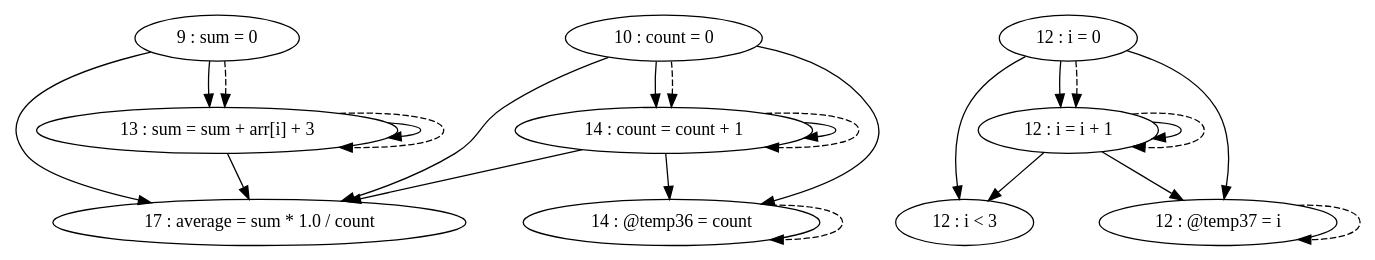
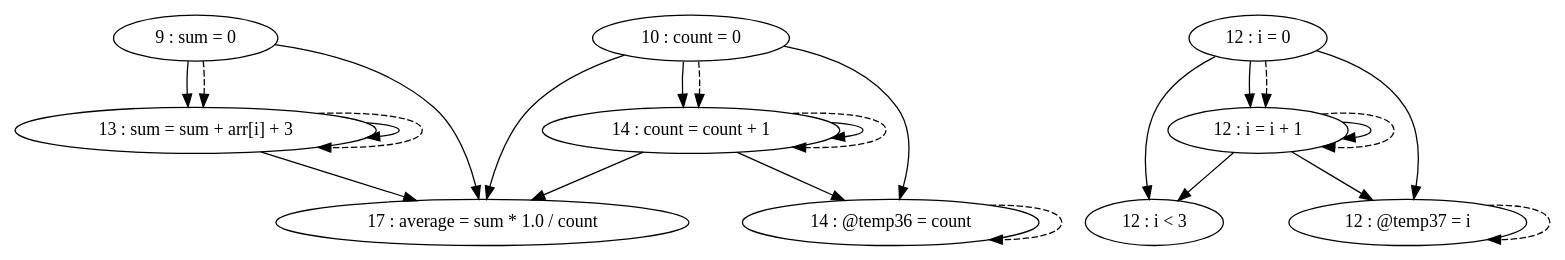
The diagram in pdg/source/testFiles/TestCases/TestCase8/TestCase8-test1.gv (thomassimko/thesis-code-duplication), drawn with Graphviz before and after one commit. The commit also changed other lines of this file and 107 other files, not shown here.

```diff
--- a/pdg/source/testFiles/TestCases/TestCase8/TestCase8-test1.gv
+++ b/pdg/source/testFiles/TestCases/TestCase8/TestCase8-test1.gv
@@ -1,36 +1,36 @@
 digraph G {
 "9 : sum = 0"
+"9 : sum = 0" -> "13 : sum = sum + arr[i] + 3"
 "9 : sum = 0" -> "17 : average = sum * 1.0 / count"
-"9 : sum = 0" -> "13 : sum = sum + arr[i] + 3"
 "9 : sum = 0" -> "13 : sum = sum + arr[i] + 3" [style=dashed]
 "10 : count = 0"
 "10 : count = 0" -> "14 : @temp36 = count"
+"10 : count = 0" -> "14 : count = count + 1"
 "10 : count = 0" -> "17 : average = sum * 1.0 / count"
-"10 : count = 0" -> "14 : count = count + 1"
 "10 : count = 0" -> "14 : count = count + 1" [style=dashed]
 "12 : i = 0"
+"12 : i = 0" -> "12 : i < 3"
 "12 : i = 0" -> "12 : i = i + 1"
-"12 : i = 0" -> "12 : i < 3"
 "12 : i = 0" -> "12 : @temp37 = i"
 "12 : i = 0" -> "12 : i = i + 1" [style=dashed]
 "12 : i < 3"
 "13 : sum = sum + arr[i] + 3"
+"13 : sum = sum + arr[i] + 3" -> "13 : sum = sum + arr[i] + 3"
 "13 : sum = sum + arr[i] + 3" -> "17 : average = sum * 1.0 / count"
-"13 : sum = sum + arr[i] + 3" -> "13 : sum = sum + arr[i] + 3"
 "13 : sum = sum + arr[i] + 3" -> "13 : sum = sum + arr[i] + 3" [style=dashed]
 "14 : @temp36 = count"
 "14 : @temp36 = count" -> "14 : @temp36 = count" [style=dashed]
 "14 : count = count + 1"
 "14 : count = count + 1" -> "14 : @temp36 = count"
+"14 : count = count + 1" -> "14 : count = count + 1"
 "14 : count = count + 1" -> "17 : average = sum * 1.0 / count"
-"14 : count = count + 1" -> "14 : count = count + 1"
 "14 : count = count + 1" -> "14 : count = count + 1" [style=dashed]
 "12 : @temp37 = i"
 "12 : @temp37 = i" -> "12 : @temp37 = i" [style=dashed]
 "12 : i = i + 1"
+"12 : i = i + 1" -> "12 : i < 3"
 "12 : i = i + 1" -> "12 : i = i + 1"
-"12 : i = i + 1" -> "12 : i < 3"
 "12 : i = i + 1" -> "12 : @temp37 = i"
 "12 : i = i + 1" -> "12 : i = i + 1" [style=dashed]
 "17 : average = sum * 1.0 / count"
 }
```
